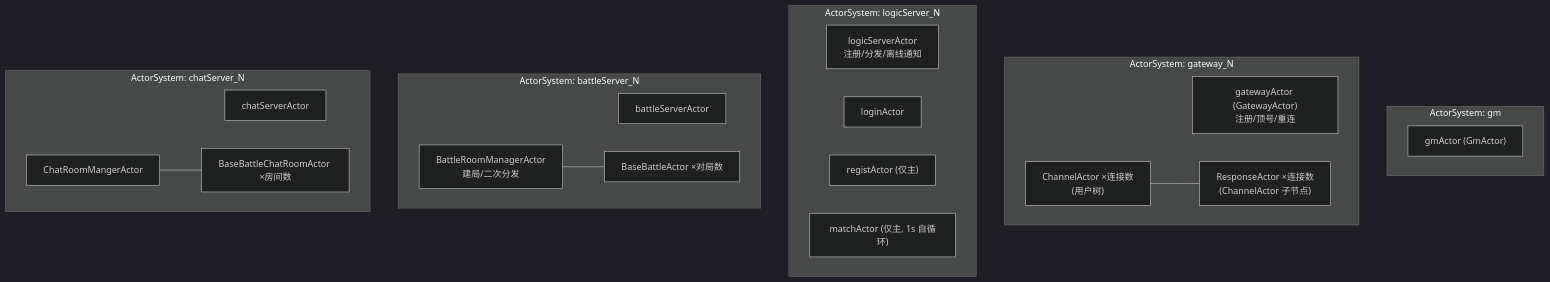
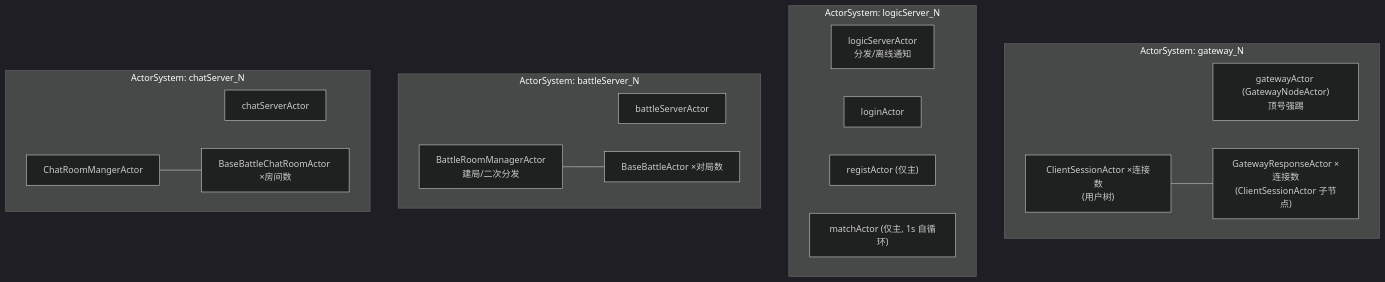
Diagram 11 of 12 in doc/document/架构设计文档.md (132982jianan/JGameServer), drawn with Mermaid (dark theme) before and after one commit. The commit also changed other lines of this file and 9 other files, not shown here.

````diff
--- a/doc/document/架构设计文档.md
+++ b/doc/document/架构设计文档.md
@@ -429,34 +428,30 @@
 ```mermaid
 flowchart TB
-    subgraph gm["ActorSystem: gm"]
-        GA["gmActor (GmActor)"]
-    end
-
     subgraph gwsys["ActorSystem: gateway_N"]
-        GWA["gatewayActor (GatewayActor)<br/>注册/顶号/重连"]
-        CAA["ChannelActor ×连接数<br/>(用户树)"]
-        RAA["ResponseActor ×连接数<br/>(ChannelActor 子节点)"]
+        GWA["gatewayActor (GatewayNodeActor)<br/>顶号强踢"]
+        CAA["ClientSessionActor ×连接数<br/>(用户树)"]
+        RAA["GatewayResponseActor ×连接数<br/>(ClientSessionActor 子节点)"]
         CAA --- RAA
     end
 
     subgraph lg["ActorSystem: logicServer_N"]
-        LSA["logicServerActor<br/>注册/分发/离线通知"]
+        LSA["logicServerActor<br/>分发/离线通知"]
         LA["loginActor"]
         RA2["registActor (仅主)"]
         MA["matchActor (仅主, 1s 自循环)"]
     end
 
     subgraph bs["ActorSystem: battleServer_N"]
         BSA["battleServerActor"]
         BRMA["BattleRoomManagerActor<br/>建局/二次分发"]
         BBA["BaseBattleActor ×对局数"]
         BRMA --- BBA
     end
 
     subgraph cs["ActorSystem: chatServer_N"]
         CSA["chatServerActor"]
         CRMA["ChatRoomMangerActor"]
         CBA["BaseBattleChatRoomActor ×房间数"]
         CRMA --- CBA
     end
 ```
````
